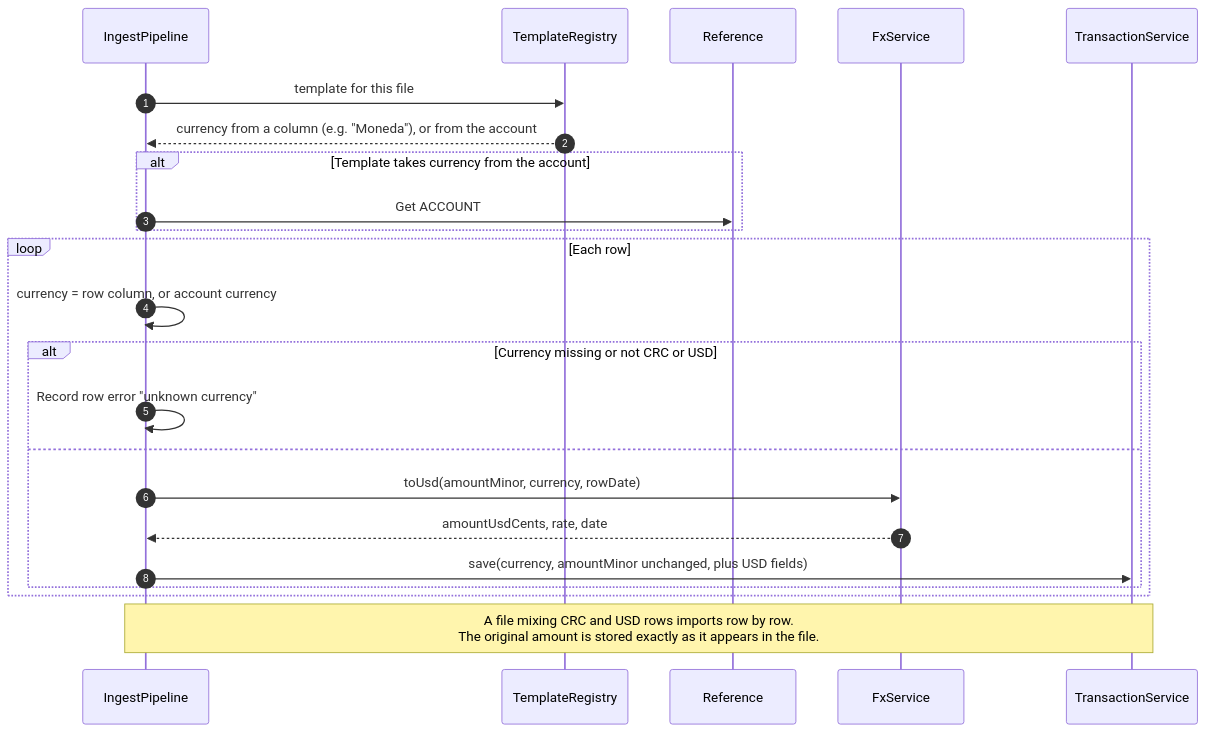
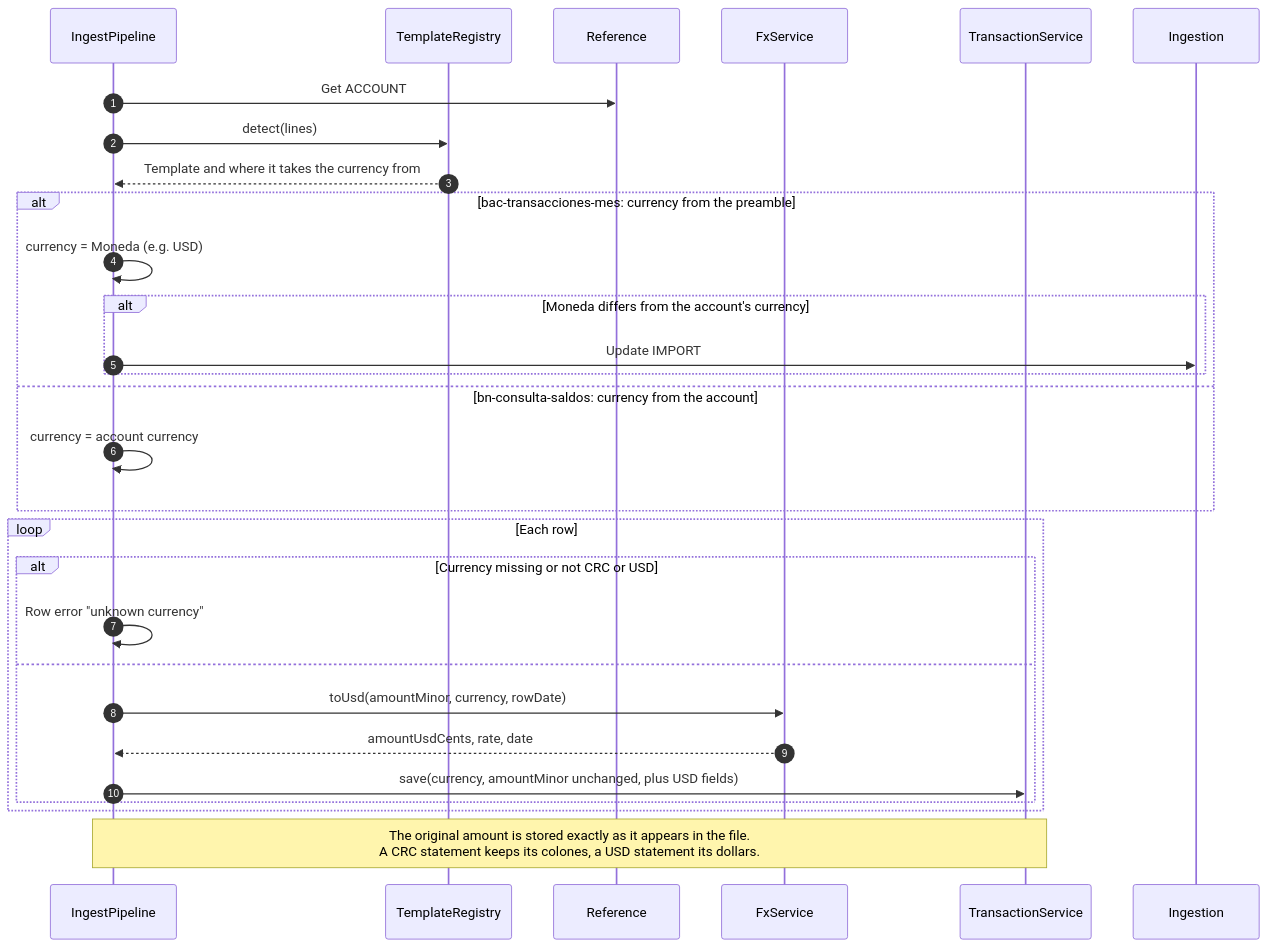
One commit to Ezequiel294/cs3365-finance-app changed the third of 3 diagrams in docs/diagrams/sequences/05-multi-currency-and-roles.md. Above: the diagram before and after it, drawn with Mermaid. The commit also changed other lines of this file and 15 other files, not shown here.

Commit message:
attempt 2 diagram/architecture changes

````diff
--- a/docs/diagrams/sequences/05-multi-currency-and-roles.md
+++ b/docs/diagrams/sequences/05-multi-currency-and-roles.md
@@ -98,26 +102,32 @@
 ```mermaid
 sequenceDiagram
     autonumber
     participant P as IngestPipeline
     participant T as TemplateRegistry
     participant Ref as Reference
     participant Fx as FxService
     participant TS as TransactionService
+    participant Ing as Ingestion
 
-    P->>T: template for this file
-    T-->>P: currency from a column (e.g. "Moneda"), or from the account
-    alt Template takes currency from the account
-        P->>Ref: Get ACCOUNT#id currency
+    P->>Ref: Get ACCOUNT#id (bank, currency)
+    P->>T: detect(lines)
+    T-->>P: Template and where it takes the currency from
+    alt bac-transacciones-mes: currency from the preamble
+        P->>P: currency = Moneda (e.g. USD)
+        alt Moneda differs from the account's currency
+            P->>Ing: Update IMPORT#id (FAILED, "This statement is in USD,<br/>but the account BAC colones is in CRC")
+        end
+    else bn-consulta-saldos: currency from the account
+        P->>P: currency = account currency
     end
     loop Each row
-        P->>P: currency = row column, or account currency
         alt Currency missing or not CRC or USD
-            P->>P: Record row error "unknown currency"
+            P->>P: Row error "unknown currency"
         else
             P->>Fx: toUsd(amountMinor, currency, rowDate)
             Fx-->>P: amountUsdCents, rate, date
             P->>TS: save(currency, amountMinor unchanged, plus USD fields)
         end
     end
-    Note over P,TS: A file mixing CRC and USD rows imports row by row.<br/>The original amount is stored exactly as it appears in the file.
+    Note over P,TS: The original amount is stored exactly as it appears in the file.<br/>A CRC statement keeps its colones, a USD statement its dollars.
 ```
````
